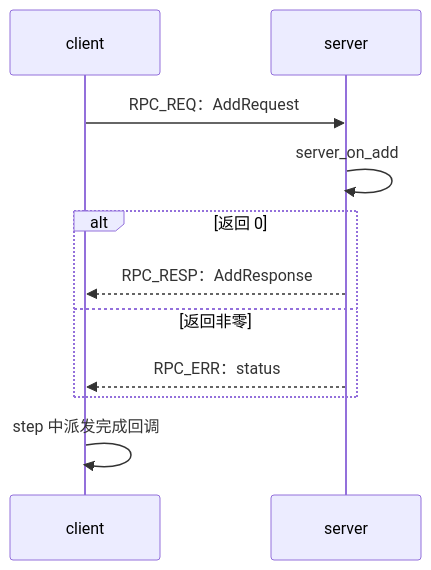
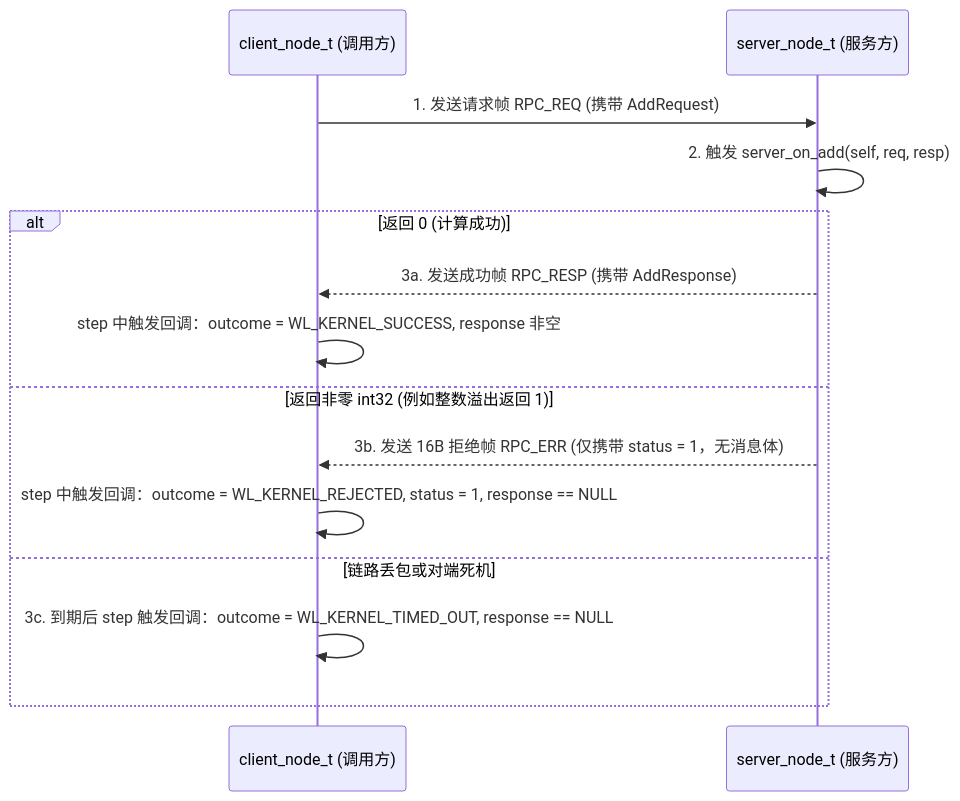
Before and after one commit to starwey604/wirelink: the diagram in site/src/content/docs/zh-cn/learn/03-rpc-basics.mdx, drawn with Mermaid. The commit also changed other lines of this file and 26 other files, not shown here.

````diff
--- a/site/src/content/docs/zh-cn/learn/03-rpc-basics.mdx
+++ b/site/src/content/docs/zh-cn/learn/03-rpc-basics.mdx
@@ -82,13 +59,17 @@
 ```mermaid
 sequenceDiagram
-  participant C as client
-  participant S as server
-  C->>S: RPC_REQ：AddRequest
-  S->>S: server_on_add
-  alt 返回 0
-    S-->>C: RPC_RESP：AddResponse
-  else 返回非零
-    S-->>C: RPC_ERR：status
+  participant C as client_node_t (调用方)
+  participant S as server_node_t (服务方)
+
+  C->>S: 1. 发送请求帧 RPC_REQ (携带 AddRequest)
+  S->>S: 2. 触发 server_on_add(self, req, resp)
+  alt 返回 0 (计算成功)
+    S-->>C: 3a. 发送成功帧 RPC_RESP (携带 AddResponse)
+    C->>C: step 中触发回调：outcome = WL_KERNEL_SUCCESS, response 非空
+  else 返回非零 int32 (例如整数溢出返回 1)
+    S-->>C: 3b. 发送 16B 拒绝帧 RPC_ERR (仅携带 status = 1，无消息体)
+    C->>C: step 中触发回调：outcome = WL_KERNEL_REJECTED, status = 1, response == NULL
+  else 链路丢包或对端死机
+    C->>C: 3c. 到期后 step 触发回调：outcome = WL_KERNEL_TIMED_OUT, response == NULL
   end
-  C->>C: step 中派发完成回调
 ```
````
